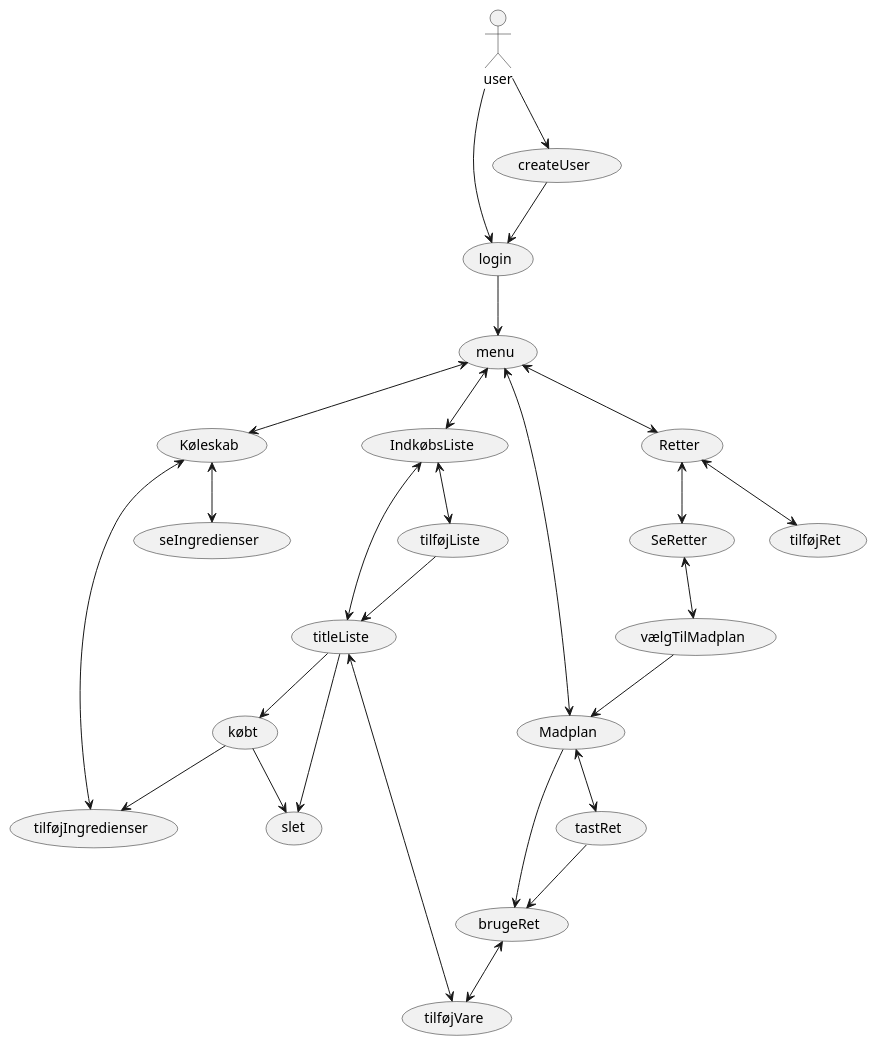
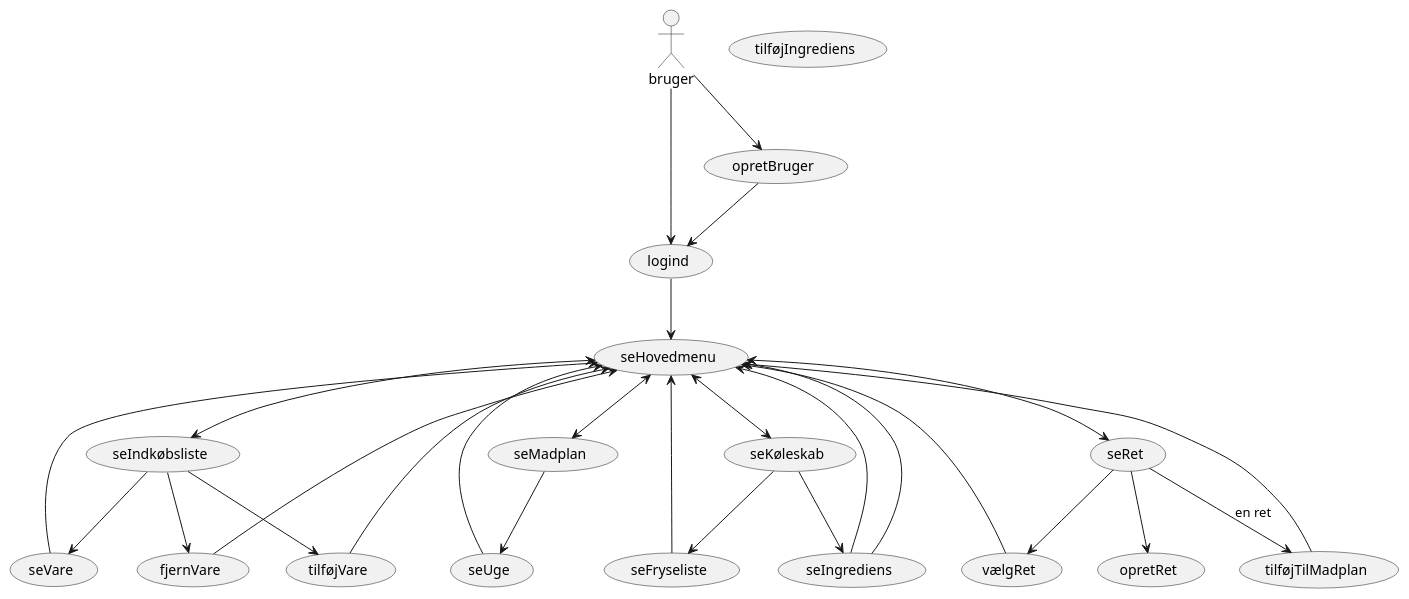
The diagram in ICE indkoebsListe/Doc/Dynamic/Usecases.puml (mrPrimeBeef/1.-Sem-ICE), drawn with PlantUML before and after one commit.

```diff
--- a/ICE indkoebsListe/Doc/Dynamic/Usecases.puml
+++ b/ICE indkoebsListe/Doc/Dynamic/Usecases.puml
@@ -1,69 +1,84 @@
 @startuml
 'https://plantuml.com/use-case-diagram
 
-actor user
+actor bruger
 
-usecase createUser
-usecase login
-usecase menu
-usecase Køleskab
-usecase Retter
-usecase IndkøbsListe
-usecase Madplan
-usecase titleListe
+usecase opretBruger
+usecase logind
+
+usecase seHovedmenu
+
+usecase tilføjIngrediens
+
+'seRet
+usecase vælgRet
+usecase opretRet
+usecase tilføjTilMadplan
+
+usecase seUge
+
+'seKøleskab
+usecase seFryseliste
+usecase seIngrediens
+
+'seIndkøbsliste
+usecase seVare
+usecase fjernVare
 usecase tilføjVare
-usecase tilføjIngredienser
-usecase tilføjRet
-usecase brugeRet
-usecase SeRetter
-usecase vælgTilMadplan
-usecase seIngredienser
-usecase tastRet
-usecase tilføjListe
-usecase købt
-usecase slet
+
+'sehovedmenu
+usecase seIndkøbsliste
+usecase seMadplan
+usecase seKøleskab
+usecase seRet
+
+
+top to bottom direction
+bruger --> opretBruger
+bruger --> logind
+
+opretBruger --> logind
+
+logind --> seHovedmenu
+
+seHovedmenu <--> seIndkøbsliste
+seHovedmenu <--> seMadplan
+seHovedmenu <--> seKøleskab
+seHovedmenu <--> seRet
+
+
+seRet --> vælgRet
+seRet --> tilføjTilMadplan: en ret
+seRet --> opretRet
+
+vælgRet --> seHovedmenu
+tilføjTilMadplan --> seHovedmenu
+
+seKøleskab --> seIngrediens
+seKøleskab --> seFryseliste
+seFryseliste --> seHovedmenu
+seIngrediens --> seHovedmenu
+
+seMadplan --> seUge
+seUge --> seHovedmenu
+
+seIndkøbsliste --> seVare
+seIndkøbsliste --> tilføjVare
+seIndkøbsliste --> fjernVare
+
+seVare --> seHovedmenu
+tilføjVare --> seHovedmenu
+fjernVare --> seHovedmenu
+
+seIngrediens --> seHovedmenu
 
 
 
-top to bottom direction
-user --> createUser
-user --> login
-
-createUser --> login
-
-login --> menu
-
-menu <--> IndkøbsListe
-menu <--> Madplan
-menu <--> Køleskab
-menu <--> Retter
-
-IndkøbsListe <--> titleListe
-IndkøbsListe <--> tilføjListe
-tilføjListe --> titleListe
-titleListe --> slet
-titleListe <--> tilføjVare
 
 
-Madplan --> brugeRet
-Madplan <--> tastRet
-tastRet --> brugeRet
-brugeRet <--> tilføjVare
-
-Retter <--> tilføjRet
-Retter <--> SeRetter
-SeRetter <--> vælgTilMadplan
-vælgTilMadplan --> Madplan
-
-Køleskab <--> tilføjIngredienser
-Køleskab <--> seIngredienser
-
-titleListe --> købt
-købt --> slet
-købt --> tilføjIngredienser
 
 
 
 
 
 @enduml
```
